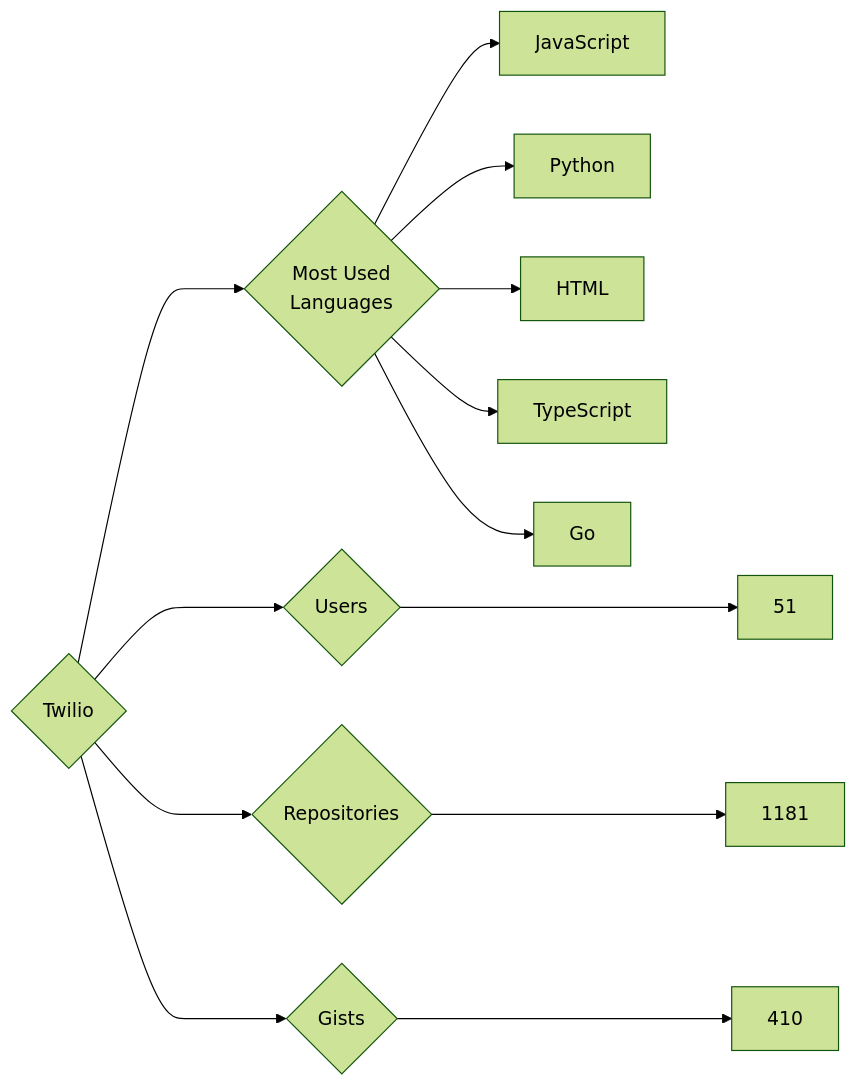
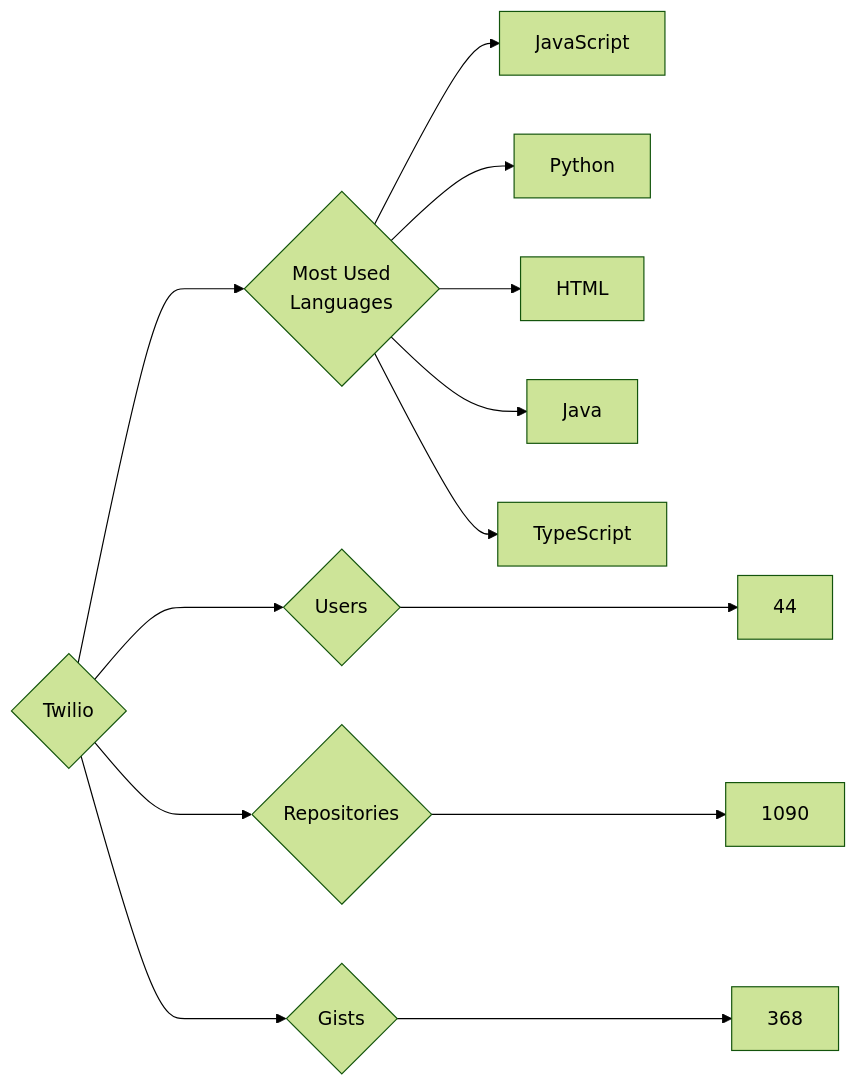
One commit to trickest/insiders changed the diagram in targets/Twilio/README.md. Above: the diagram before and after it, drawn with Mermaid (forest theme). The commit also changed 787 other files, not shown here.

````diff
--- a/targets/Twilio/README.md
+++ b/targets/Twilio/README.md
@@ -3,13 +3,13 @@
 ```mermaid
 graph LR
 COMPANY_NAME{Twilio}
-COMPANY_NAME ---> U{Users} ---> UN[51]
-COMPANY_NAME ---> R{Repositories} ---> RN[1181]
-COMPANY_NAME ---> G{Gists} ---> GN[410]
+COMPANY_NAME ---> U{Users} ---> UN[44]
+COMPANY_NAME ---> R{Repositories} ---> RN[1090]
+COMPANY_NAME ---> G{Gists} ---> GN[368]
 COMPANY_NAME ---> ML{Most Used<br>Languages}
 ML --> JavaScript[JavaScript]
 ML --> Python[Python]
 ML --> HTML[HTML]
+ML --> Java[Java]
 ML --> TypeScript[TypeScript]
-ML --> Go[Go]
 ```
````
